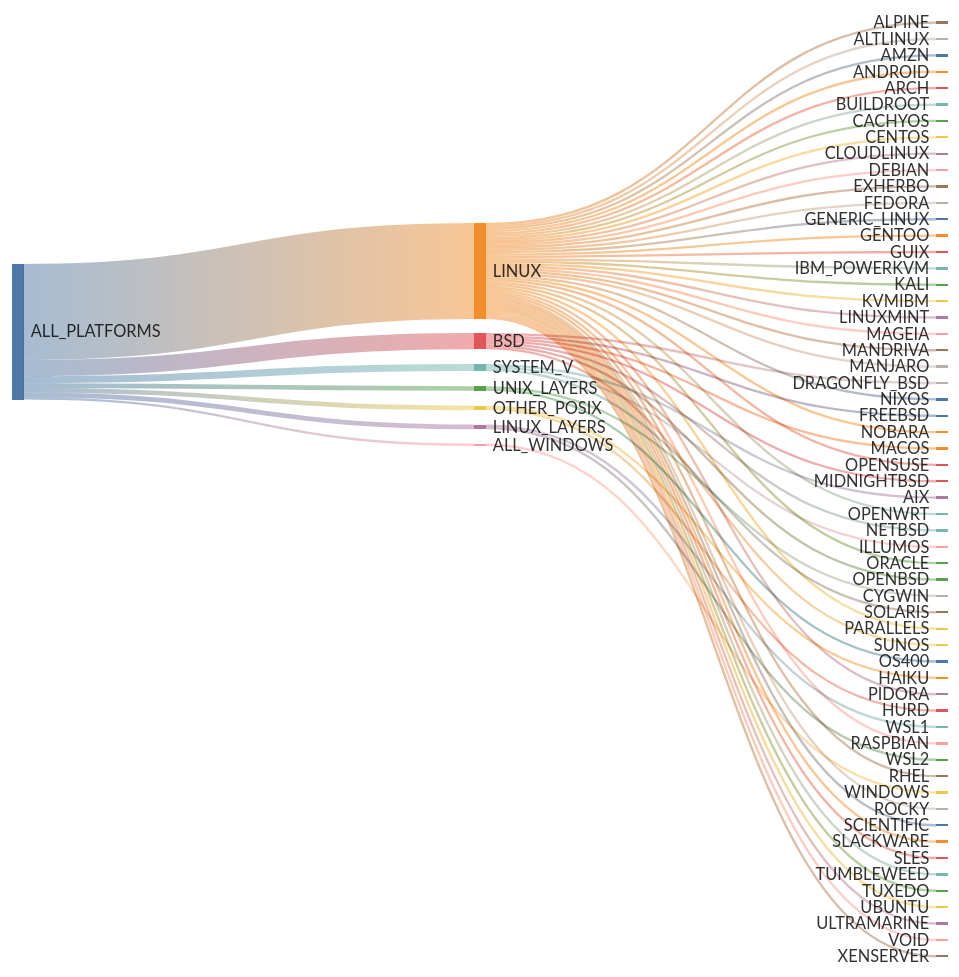
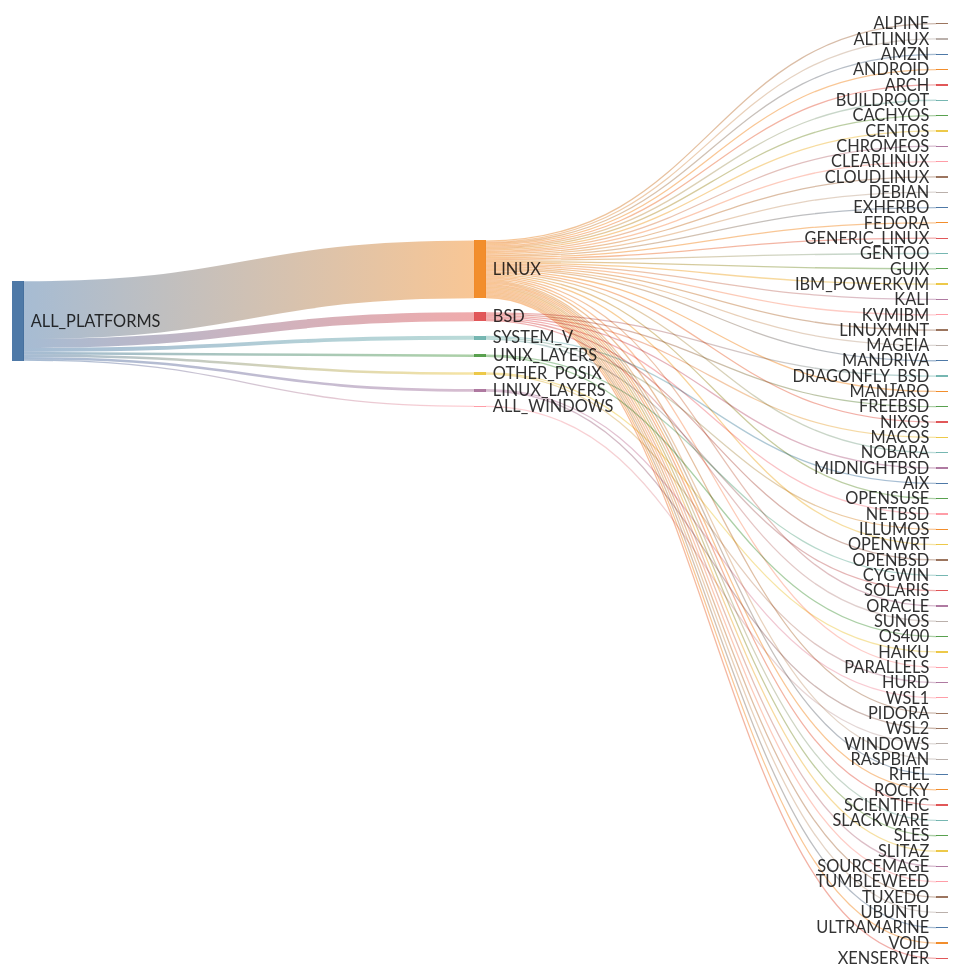
The first of 2 diagrams in docs/platforms.md (kdeldycke/extra-platforms), drawn with Mermaid before and after one commit. The commit also changed other lines of this file and 14 other files, not shown here.

````diff
--- a/docs/platforms.md
+++ b/docs/platforms.md
@@ -159,72 +163,76 @@
 ```mermaid
 ---
 config: {"sankey": {"showValues": false, "width": 800, "height": 800}}
 ---
 sankey-beta
 
-ALL_PLATFORMS,LINUX,41
+ALL_PLATFORMS,LINUX,45
 ALL_PLATFORMS,BSD,7
 ALL_PLATFORMS,SYSTEM_V,3
 ALL_PLATFORMS,UNIX_LAYERS,2
 ALL_PLATFORMS,OTHER_POSIX,2
 ALL_PLATFORMS,LINUX_LAYERS,2
 ALL_PLATFORMS,ALL_WINDOWS,1
 LINUX,ALPINE,1
 LINUX,ALTLINUX,1
 LINUX,AMZN,1
 LINUX,ANDROID,1
 LINUX,ARCH,1
 LINUX,BUILDROOT,1
 LINUX,CACHYOS,1
 LINUX,CENTOS,1
+LINUX,CHROMEOS,1
+LINUX,CLEARLINUX,1
 LINUX,CLOUDLINUX,1
 LINUX,DEBIAN,1
 LINUX,EXHERBO,1
 LINUX,FEDORA,1
 LINUX,GENERIC_LINUX,1
 LINUX,GENTOO,1
 LINUX,GUIX,1
 LINUX,IBM_POWERKVM,1
 LINUX,KALI,1
 LINUX,KVMIBM,1
 LINUX,LINUXMINT,1
 LINUX,MAGEIA,1
 LINUX,MANDRIVA,1
 LINUX,MANJARO,1
 LINUX,NIXOS,1
 LINUX,NOBARA,1
 LINUX,OPENSUSE,1
 LINUX,OPENWRT,1
 LINUX,ORACLE,1
 LINUX,PARALLELS,1
 LINUX,PIDORA,1
 LINUX,RASPBIAN,1
 LINUX,RHEL,1
 LINUX,ROCKY,1
 LINUX,SCIENTIFIC,1
 LINUX,SLACKWARE,1
 LINUX,SLES,1
+LINUX,SLITAZ,1
+LINUX,SOURCEMAGE,1
 LINUX,TUMBLEWEED,1
 LINUX,TUXEDO,1
 LINUX,UBUNTU,1
 LINUX,ULTRAMARINE,1
 LINUX,VOID,1
 LINUX,XENSERVER,1
 BSD,DRAGONFLY_BSD,1
 BSD,FREEBSD,1
 BSD,MACOS,1
 BSD,MIDNIGHTBSD,1
 BSD,NETBSD,1
 BSD,OPENBSD,1
 BSD,SUNOS,1
 SYSTEM_V,AIX,1
 SYSTEM_V,ILLUMOS,1
 SYSTEM_V,SOLARIS,1
 UNIX_LAYERS,CYGWIN,1
 UNIX_LAYERS,OS400,1
 OTHER_POSIX,HAIKU,1
 OTHER_POSIX,HURD,1
 LINUX_LAYERS,WSL1,1
 LINUX_LAYERS,WSL2,1
 ALL_WINDOWS,WINDOWS,1
 ```
````
